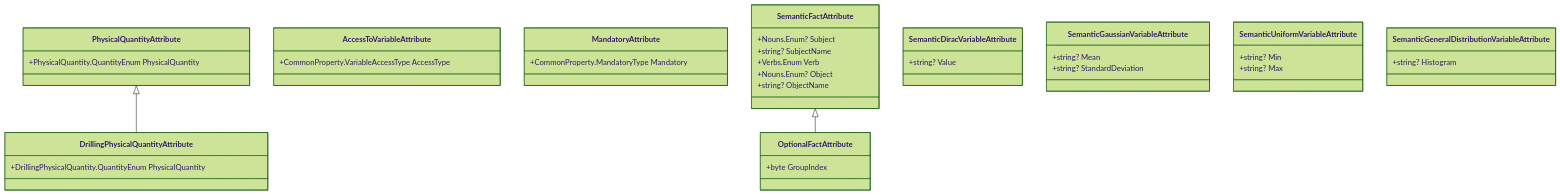
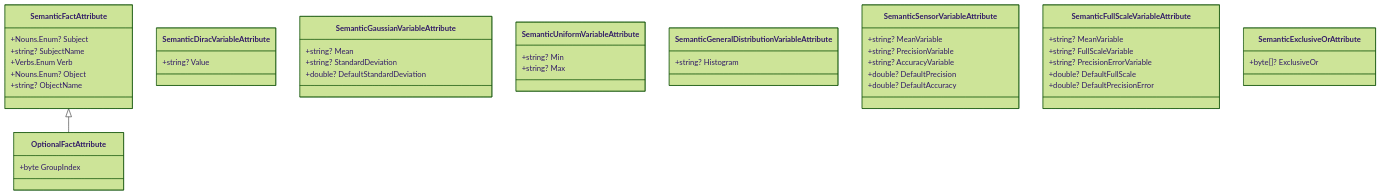
The fourth of 4 diagrams in OSDC.DotnetLibraries.General/OSDC.DotnetLibraries.Drilling.DrillingProperties/readme.md (Open-Source-Drilling-Community/DotNetLibraries), drawn with Mermaid (forest theme) before and after one commit. The commit also changed other lines of this file and 69 other files, not shown here.

````diff
--- a/OSDC.DotnetLibraries.General/OSDC.DotnetLibraries.Drilling.DrillingProperties/readme.md
+++ b/OSDC.DotnetLibraries.General/OSDC.DotnetLibraries.Drilling.DrillingProperties/readme.md
@@ -231,37 +260,44 @@
 ```mermaid
 classDiagram
-    PhysicalQuantityAttribute <|-- DrillingPhysicalQuantityAttribute
-    PhysicalQuantityAttribute : +PhysicalQuantity.QuantityEnum PhysicalQuantity
-    class DrillingPhysicalQuantityAttribute {
-        +DrillingPhysicalQuantity.QuantityEnum PhysicalQuantity
-    }
-    class AccessToVariableAttribute {
-        +CommonProperty.VariableAccessType AccessType
-    }
-    class MandatoryAttribute {
-        +CommonProperty.MandatoryType Mandatory
-    }
     SemanticFactAttribute <|-- OptionalFactAttribute
     SemanticFactAttribute : +Nouns.Enum? Subject
     SemanticFactAttribute : +string? SubjectName
     SemanticFactAttribute : +Verbs.Enum Verb
     SemanticFactAttribute : +Nouns.Enum? Object
     SemanticFactAttribute : +string? ObjectName
     class OptionalFactAttribute {
         +byte GroupIndex
     }
     class SemanticDiracVariableAttribute {
         +string? Value
     }
     class SemanticGaussianVariableAttribute {
         +string? Mean
         +string? StandardDeviation
+        +double? DefaultStandardDeviation
     }
     class SemanticUniformVariableAttribute {
         +string? Min
         +string? Max
     }
     class SemanticGeneralDistributionVariableAttribute {
         +string? Histogram
     }
+    class SemanticSensorVariableAttribute {
+        +string? MeanVariable
+        +string? PrecisionVariable
+        +string? AccuracyVariable
+        +double? DefaultPrecision
+        +double? DefaultAccuracy
+   }
+   class SemanticFullScaleVariableAttribute {
+        +string? MeanVariable
+        +string? FullScaleVariable
+        +string? PrecisionErrorVariable
+        +double? DefaultFullScale
+        +double? DefaultPrecisionError
+   }
+   class SemanticExclusiveOrAttribute {
+        +byte[]? ExclusiveOr
+   }
 ```
````
